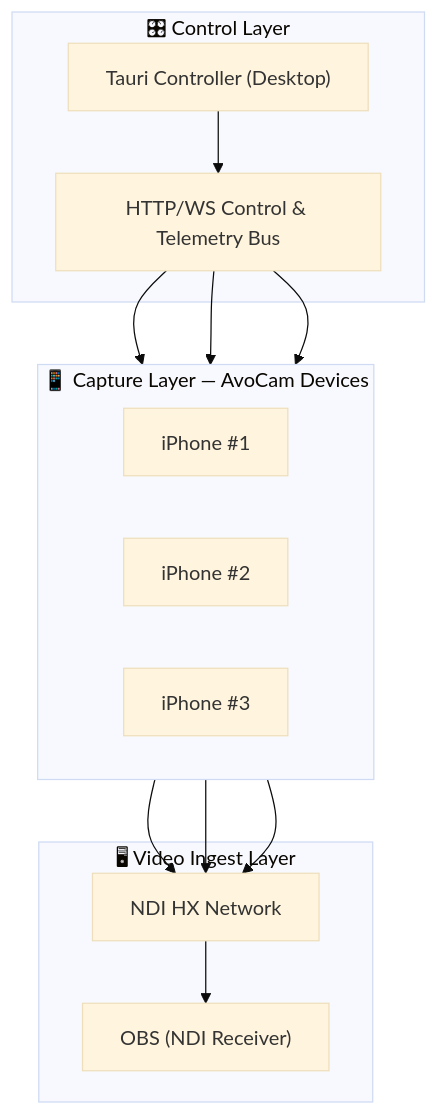
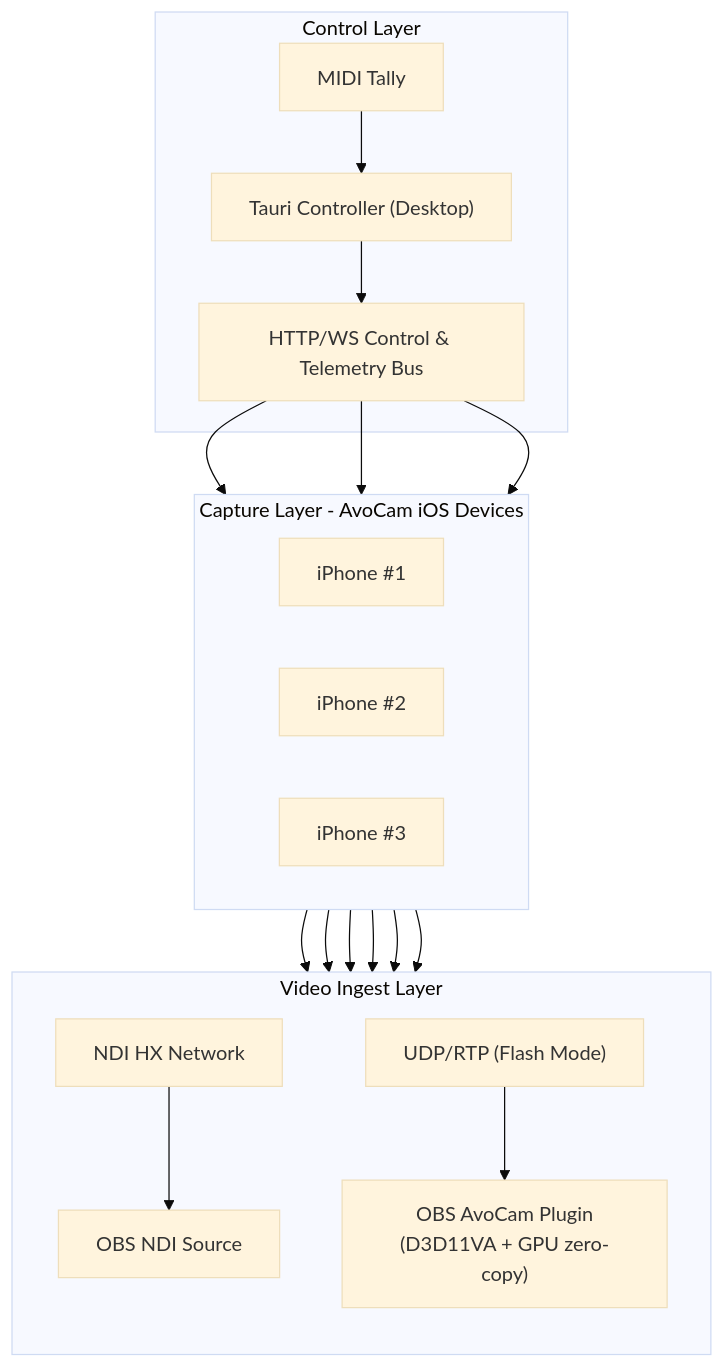
The diagram in README.md (JulienCr/avolo-cam), drawn with Mermaid (base theme) before and after one commit. The commit also changed other lines of this file and 2 other files, not shown here.

````diff
--- a/README.md
+++ b/README.md
@@ -21,33 +22,39 @@
 ```mermaid
 flowchart TB
 
-%% ---------------- LAYERS ----------------
-subgraph Layer1["🎛 Control Layer"]
+subgraph Layer1["Control Layer"]
   Tauri["Tauri Controller (Desktop)"]
+  MIDI["MIDI Tally"]
   CBus["HTTP/WS Control & Telemetry Bus"]
   Tauri --> CBus
+  MIDI --> Tauri
 end
 
-subgraph Layer2["📱 Capture Layer — AvoCam Devices"]
+subgraph Layer2["Capture Layer - AvoCam iOS Devices"]
   direction LR
   P1["iPhone #1"]
   P2["iPhone #2"]
   P3["iPhone #3"]
 end
 
-subgraph Layer3["🖥 Video Ingest Layer"]
-  VBus["NDI HX Network"]
-  OBS["OBS (NDI Receiver)"]
-  VBus --> OBS
+subgraph Layer3["Video Ingest Layer"]
+  direction TB
+  NDIBus["NDI HX Network"]
+  FlashBus["UDP/RTP (Flash Mode)"]
+  OBSPlugin["OBS AvoCam Plugin\n(D3D11VA + GPU zero-copy)"]
+  OBSNDI["OBS NDI Source"]
+  NDIBus --> OBSNDI
+  FlashBus --> OBSPlugin
 end
 
-%% ----------- FAN-OUT / FAN-IN -----------
 CBus --> P1
 CBus --> P2
 CBus --> P3
 
-P1 --> VBus
-P2 --> VBus
-P3 --> VBus
-
+P1 --> NDIBus
+P1 --> FlashBus
+P2 --> NDIBus
+P2 --> FlashBus
+P3 --> NDIBus
+P3 --> FlashBus
 ```
````
